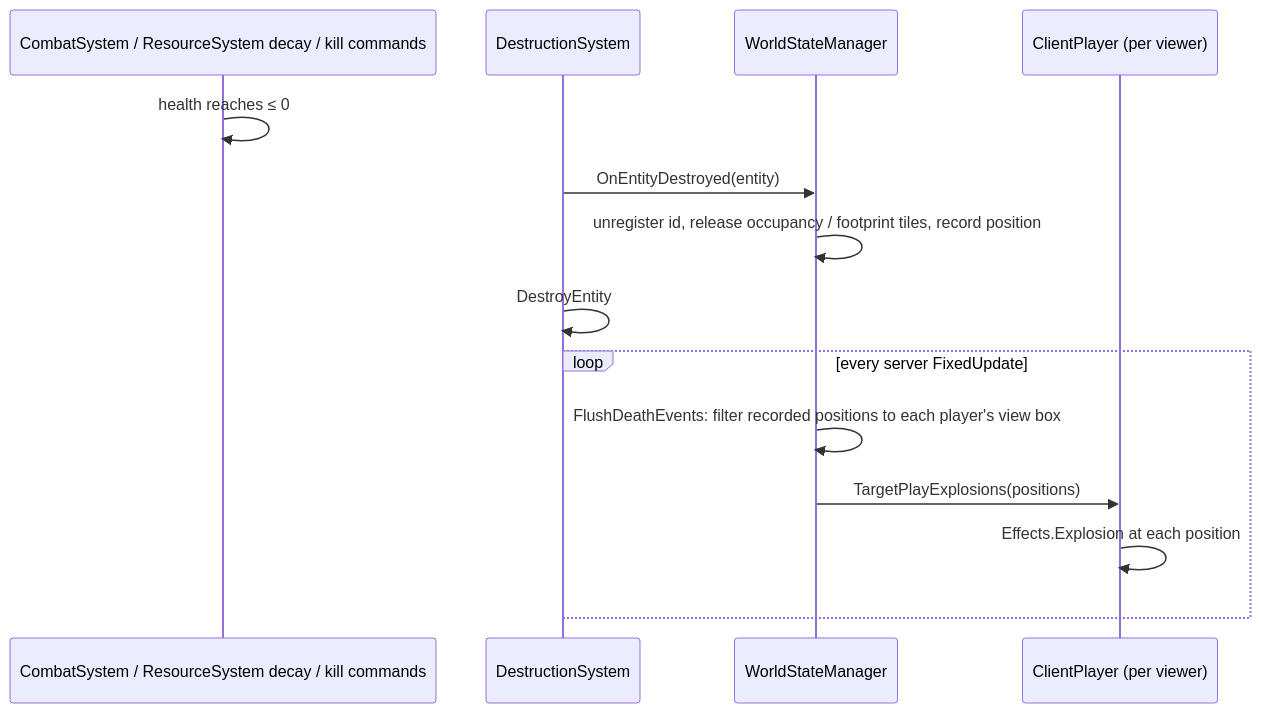
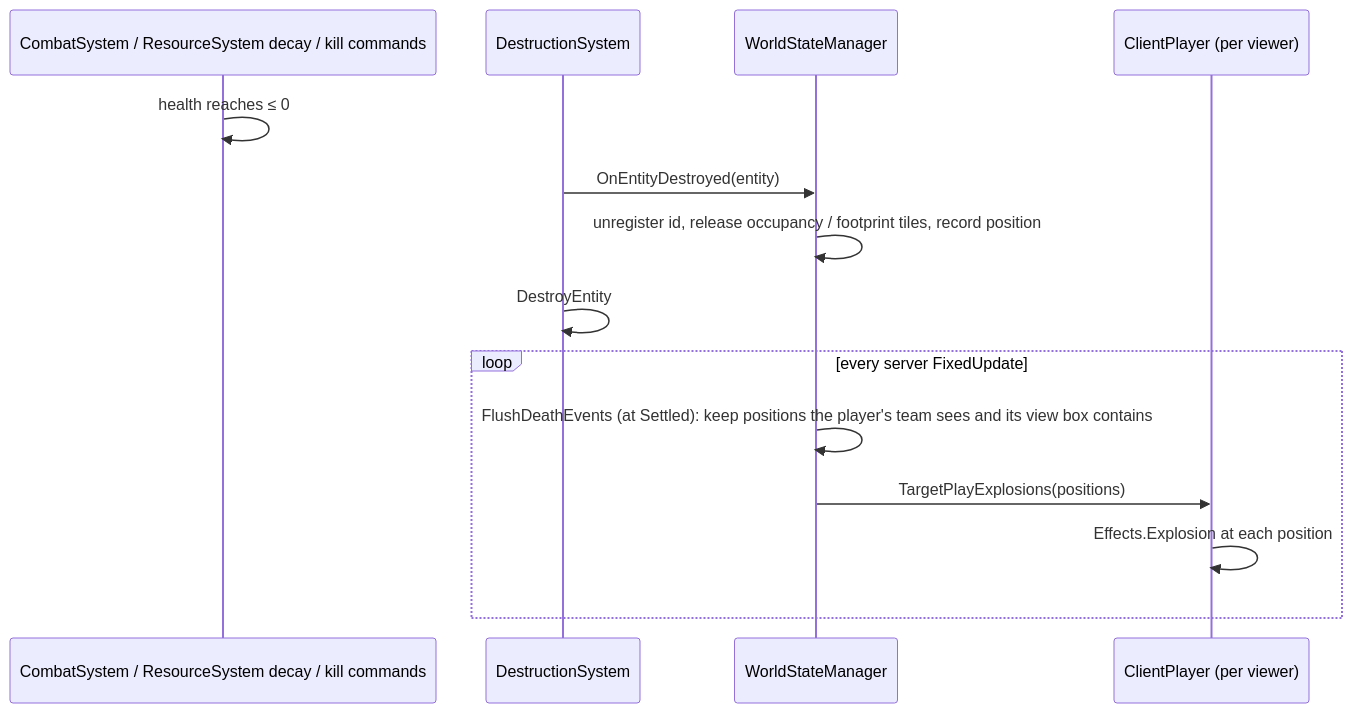
One commit to CoolCoder353/WAR-2D changed the third of 4 diagrams in docs/architecture.md. Above: the diagram before and after it, drawn with Mermaid. The commit also changed other lines of this file and 57 other files, not shown here.

````diff
--- a/docs/architecture.md
+++ b/docs/architecture.md
@@ -252,16 +256,16 @@
 ```mermaid
 sequenceDiagram
     participant CS as CombatSystem / ResourceSystem decay / kill commands
     participant DS as DestructionSystem
     participant W as WorldStateManager
     participant P as ClientPlayer (per viewer)
     CS->>CS: health reaches ≤ 0
     DS->>W: OnEntityDestroyed(entity)
     W->>W: unregister id, release occupancy / footprint tiles, record position
     DS->>DS: DestroyEntity
     loop every server FixedUpdate
-        W->>W: FlushDeathEvents: filter recorded positions to each player's view box
+        W->>W: FlushDeathEvents (at Settled): keep positions the player's team sees and its view box contains
         W->>P: TargetPlayExplosions(positions)
         P->>P: Effects.Explosion at each position
     end
 ```
````
